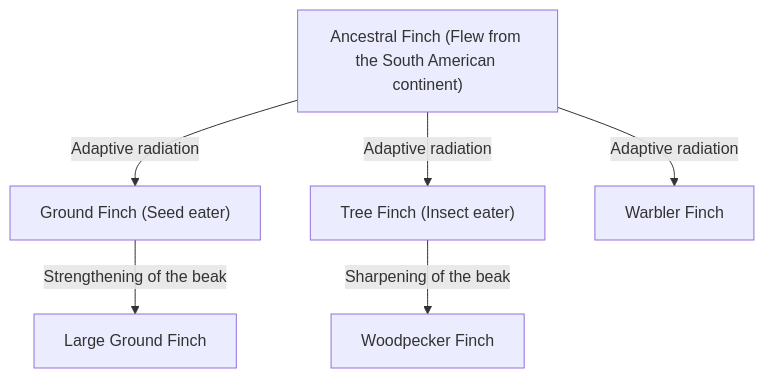
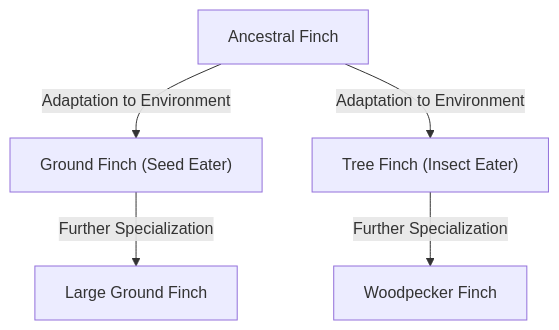
The diagram in content/post/darwins-theory-of-evolution/index.en.md (kenjinote/blog), drawn with Mermaid before and after one commit. The commit also changed other lines of this file and 129 other files, not shown here.

````diff
--- a/content/post/darwins-theory-of-evolution/index.en.md
+++ b/content/post/darwins-theory-of-evolution/index.en.md
@@ -25,9 +27,7 @@
 ```mermaid
 graph TD
-    A["Ancestral Finch (Flew from the South American continent)"]
-    A -- "Adaptive radiation" --> B["Ground Finch (Seed eater)"]
-    A -- "Adaptive radiation" --> C["Tree Finch (Insect eater)"]
-    A -- "Adaptive radiation" --> D["Warbler Finch"]
-    B -- "Strengthening of the beak" --> B1["Large Ground Finch"]
-    C -- "Sharpening of the beak" --> C1["Woodpecker Finch"]
+    A["Ancestral Finch"] -- "Adaptation to Environment" --> B["Ground Finch (Seed Eater)"]
+    A["Ancestral Finch"] -- "Adaptation to Environment" --> C["Tree Finch (Insect Eater)"]
+    B["Ground Finch (Seed Eater)"] -- "Further Specialization" --> D["Large Ground Finch"]
+    C["Tree Finch (Insect Eater)"] -- "Further Specialization" --> E["Woodpecker Finch"]
 ```
````
